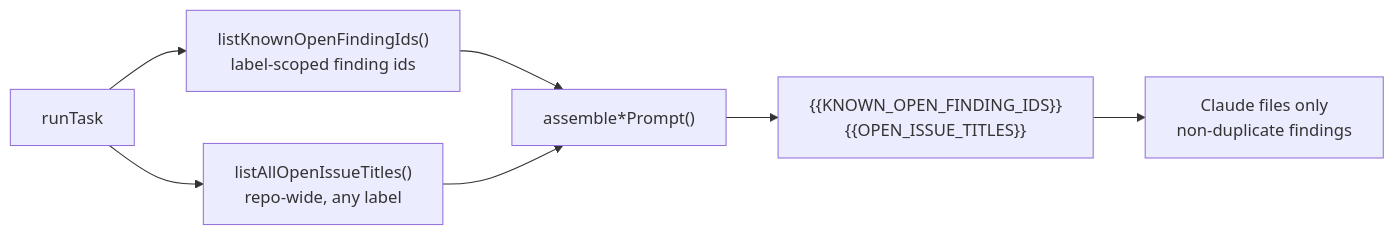
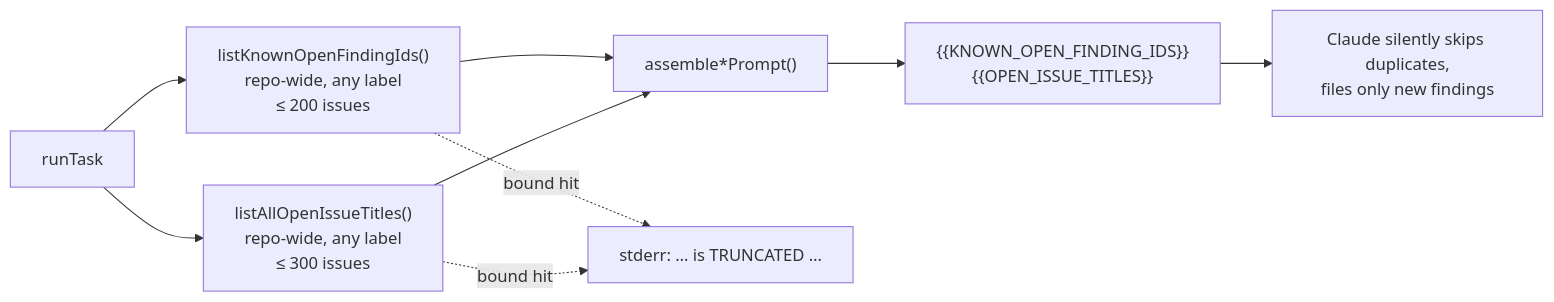
The second of 16 diagrams in docs/IDLE-TASK-FRAMEWORK.md (stSoftwareAU/VibeCoder), drawn with Mermaid before and after one commit. The commit also changed other lines of this file and 14 other files, not shown here.

First line of the commit message:
Document the two-line, repo-wide cross-label dedup contract (Issue #541)

````diff
--- a/docs/IDLE-TASK-FRAMEWORK.md
+++ b/docs/IDLE-TASK-FRAMEWORK.md
@@ -328,9 +382,11 @@
 ```mermaid
 flowchart LR
-    R["runTask"] --> K["listKnownOpenFindingIds()<br/>label-scoped finding ids"]
-    R --> T["listAllOpenIssueTitles()<br/>repo-wide, any label"]
+    R["runTask"] --> K["listKnownOpenFindingIds()<br/>repo-wide, any label<br/>≤ 200 issues"]
+    R --> T["listAllOpenIssueTitles()<br/>repo-wide, any label<br/>≤ 300 issues"]
     K --> A["assemble*Prompt()"]
     T --> A
     A --> P["{{KNOWN_OPEN_FINDING_IDS}}<br/>{{OPEN_ISSUE_TITLES}}"]
-    P --> C["Claude files only<br/>non-duplicate findings"]
+    P --> C["Claude silently skips duplicates,<br/>files only new findings"]
+    K -. bound hit .-> L["stderr: … is TRUNCATED …"]
+    T -. bound hit .-> L
 ```
````
